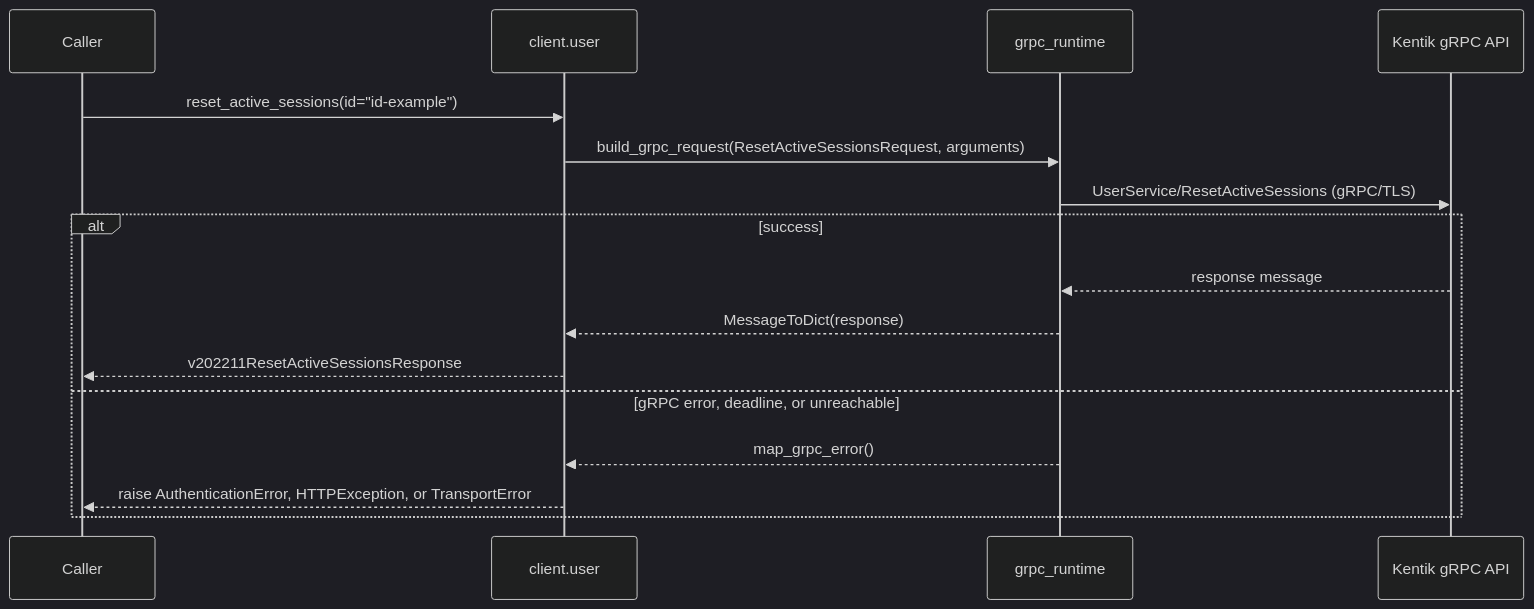
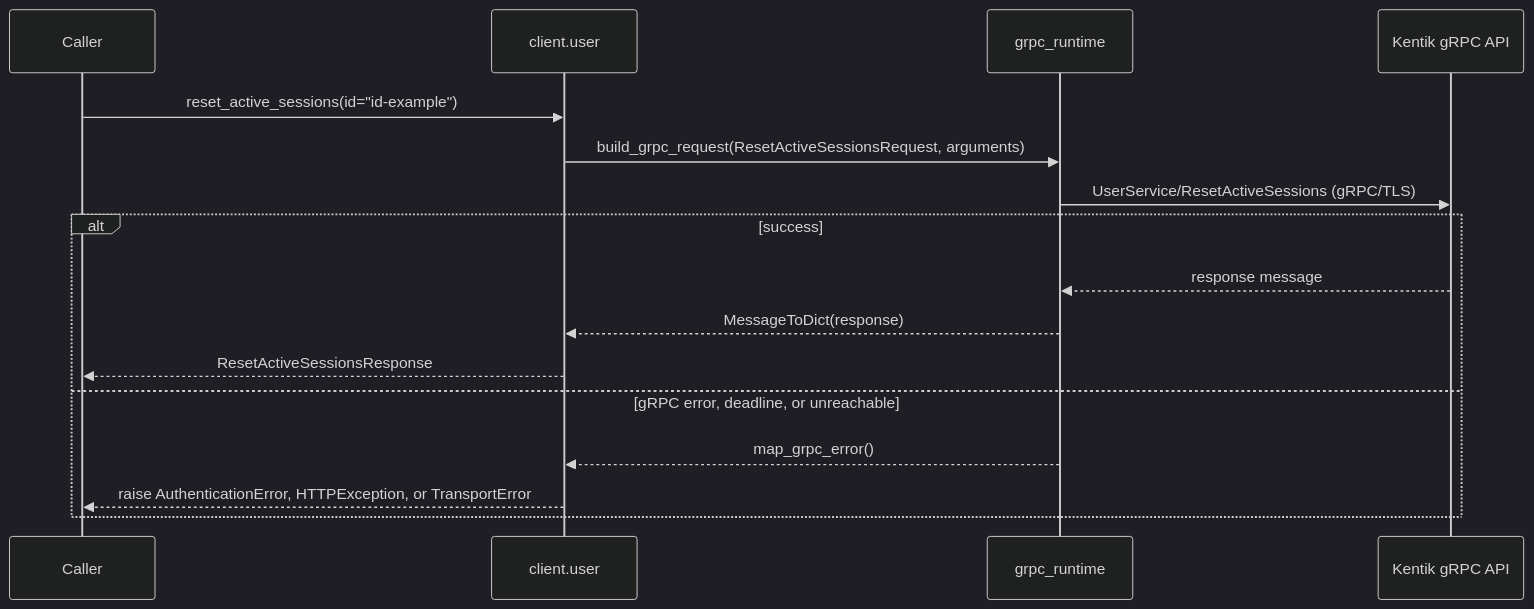
One commit to alexdearaujo/community_sdk_python changed diagram 13 of 16 in docs/sphinx/services/user.md. Above: the diagram before and after it, drawn with Mermaid (dark theme). The commit also changed other lines of this file and 38 other files, not shown here.

````diff
--- a/docs/sphinx/services/user.md
+++ b/docs/sphinx/services/user.md
@@ -433,19 +433,19 @@
 ```mermaid
 sequenceDiagram
     participant C as Caller
     participant W as client.user
     participant R as grpc_runtime
     participant API as Kentik gRPC API
 
     C->>W: reset_active_sessions(id="id-example")
     W->>R: build_grpc_request(ResetActiveSessionsRequest, arguments)
     R->>API: UserService/ResetActiveSessions (gRPC/TLS)
     alt success
         API-->>R: response message
         R-->>W: MessageToDict(response)
-        W-->>C: v202211ResetActiveSessionsResponse
+        W-->>C: ResetActiveSessionsResponse
     else gRPC error, deadline, or unreachable
         R-->>W: map_grpc_error()
         W-->>C: raise AuthenticationError, HTTPException, or TransportError
     end
 ```
````
